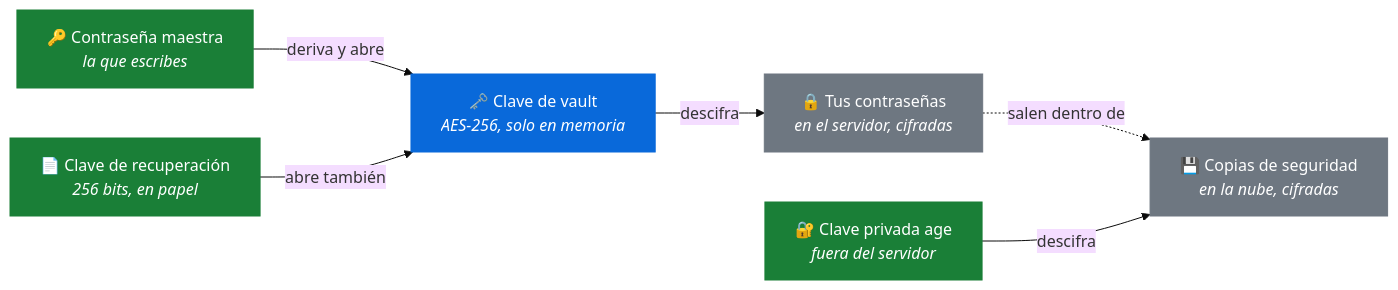
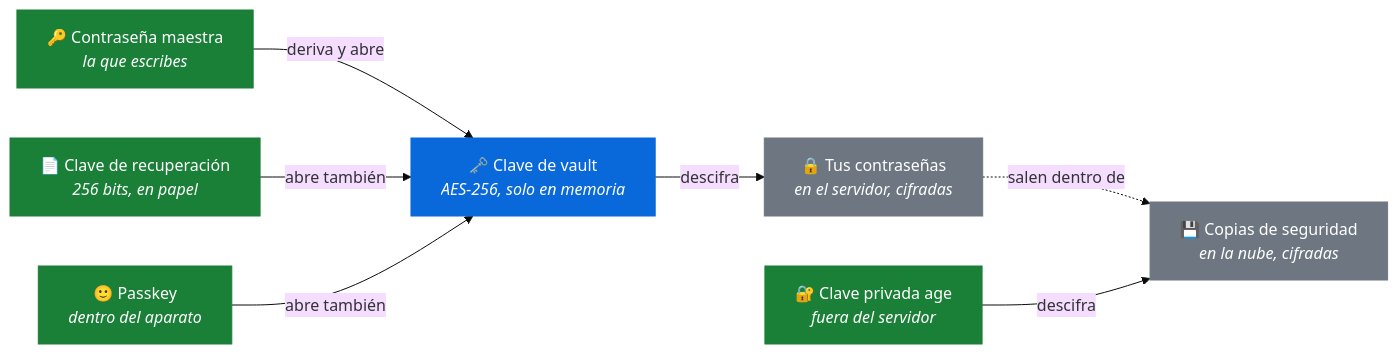
Before and after one commit to ecamp0s/evault: the diagram in docs/architecture/KEYS.md, drawn with Mermaid (base theme). The commit also changed other lines of this file, not shown here.

````diff
--- a/docs/architecture/KEYS.md
+++ b/docs/architecture/KEYS.md
@@ -25,22 +26,24 @@
 ```mermaid
 graph LR
   CM["🔑 Contraseña maestra<br/><i>la que escribes</i>"]
   CR["📄 Clave de recuperación<br/><i>256 bits, en papel</i>"]
+  PK["🙂 Passkey<br/><i>dentro del aparato</i>"]
   CV["🗝️ Clave de vault<br/><i>AES-256, solo en memoria</i>"]
   IT["🔒 Tus contraseñas<br/><i>en el servidor, cifradas</i>"]
   AGE["🔐 Clave privada age<br/><i>fuera del servidor</i>"]
   BK["💾 Copias de seguridad<br/><i>en la nube, cifradas</i>"]
 
   CM -->|deriva y abre| CV
   CR -->|abre también| CV
+  PK -->|abre también| CV
   CV -->|descifra| IT
   IT -.->|salen dentro de| BK
   AGE -->|descifra| BK
 
   classDef tuyo fill:#1a7f37,stroke:#1a7f37,color:#fff;
   classDef derivado fill:#0969da,stroke:#0969da,color:#fff;
   classDef datos fill:#6e7781,stroke:#6e7781,color:#fff;
-  class CM,CR,AGE tuyo;
+  class CM,CR,PK,AGE tuyo;
   class CV derivado;
   class IT,BK datos;
 ```
````
